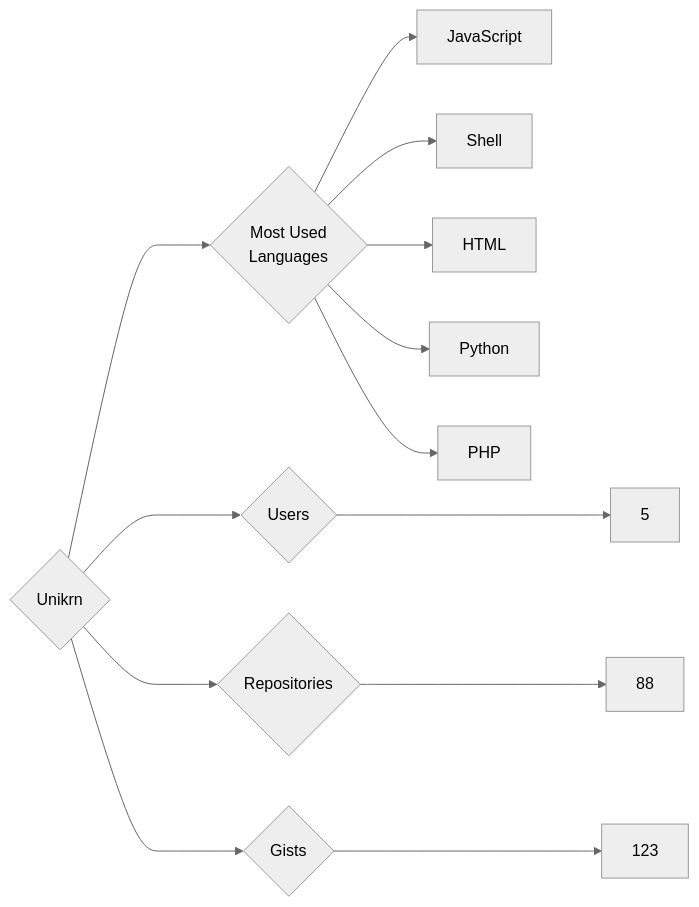
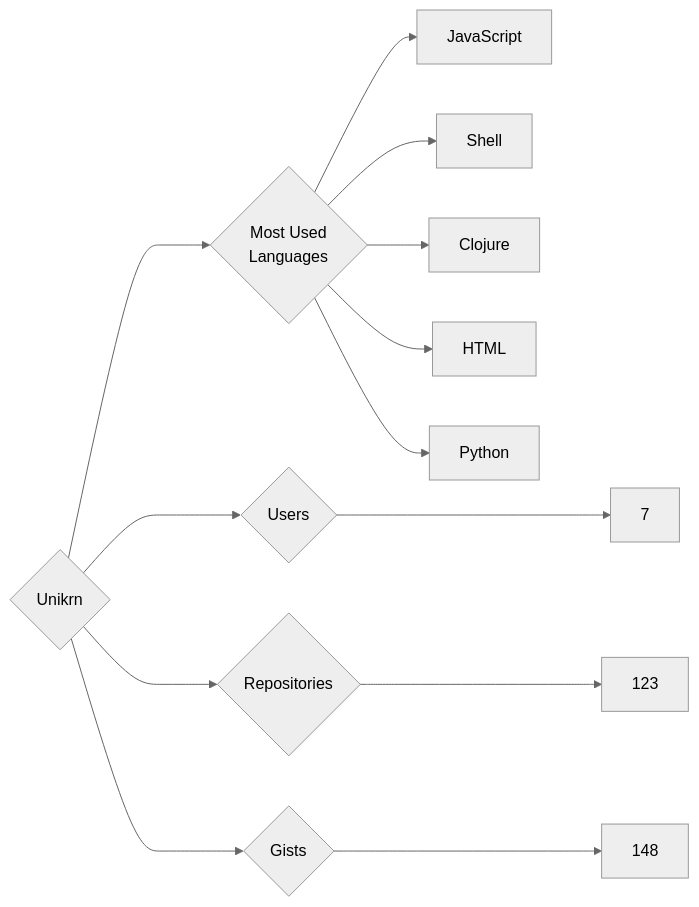
The diagram in targets/Unikrn/README.md (trickest/insiders), drawn with Mermaid (neutral theme) before and after one commit. The commit also changed 1479 other files, not shown here.

````diff
--- a/targets/Unikrn/README.md
+++ b/targets/Unikrn/README.md
@@ -3,13 +3,13 @@
 ```mermaid
 graph LR
 COMPANY_NAME{Unikrn}
-COMPANY_NAME ---> U{Users} ---> UN[5]
-COMPANY_NAME ---> R{Repositories} ---> RN[88]
-COMPANY_NAME ---> G{Gists} ---> GN[123]
+COMPANY_NAME ---> U{Users} ---> UN[7]
+COMPANY_NAME ---> R{Repositories} ---> RN[123]
+COMPANY_NAME ---> G{Gists} ---> GN[148]
 COMPANY_NAME ---> ML{Most Used<br>Languages}
 ML --> JavaScript[JavaScript]
 ML --> Shell[Shell]
+ML --> Clojure[Clojure]
 ML --> HTML[HTML]
 ML --> Python[Python]
-ML --> PHP[PHP]
 ```
````
